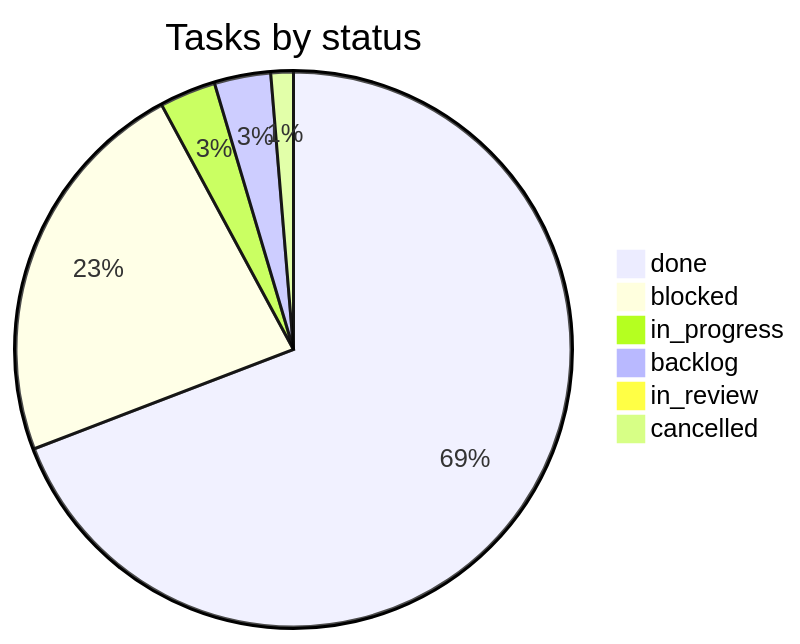
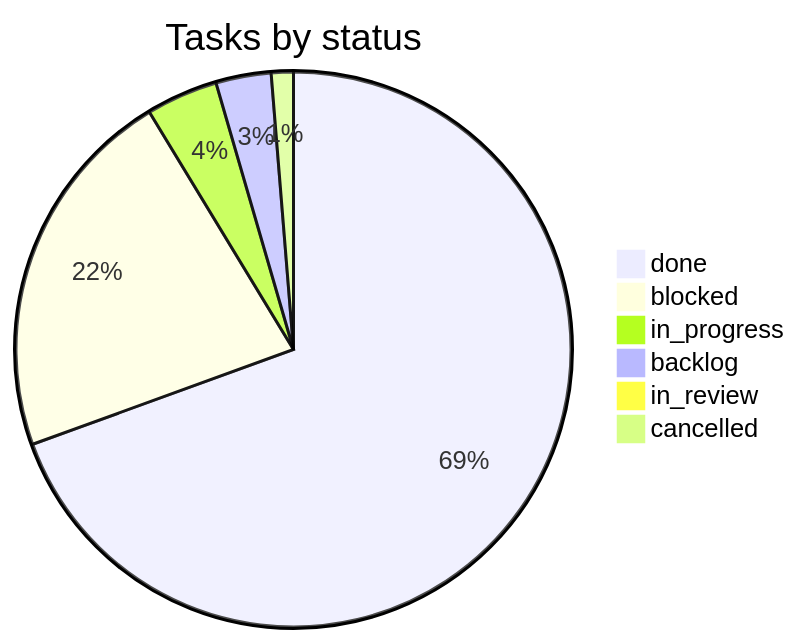
Before and after one commit to vulcanflow/docs: the second of 2 diagrams in PROGRESS.md, drawn with Mermaid. The commit also changed other lines of this file and 1 other file, not shown here.

Commit message:
progress: 5 deliveries (VFL-310, VFL-393, VFL-399, VFL-401, VFL-405), 5 status changes, 5 new tasks (VFL-401-403, VFL-405-406) (#109)

````diff
--- a/PROGRESS.md
+++ b/PROGRESS.md
@@ -58,9 +58,9 @@
 ```mermaid
 pie title Tasks by status
-  "done" : 211
-  "blocked" : 70
-  "in_progress" : 10
+  "done" : 216
+  "blocked" : 68
+  "in_progress" : 13
   "backlog" : 10
-  "in_review" : 3
+  "in_review" : 2
   "cancelled" : 4
 ```
````
